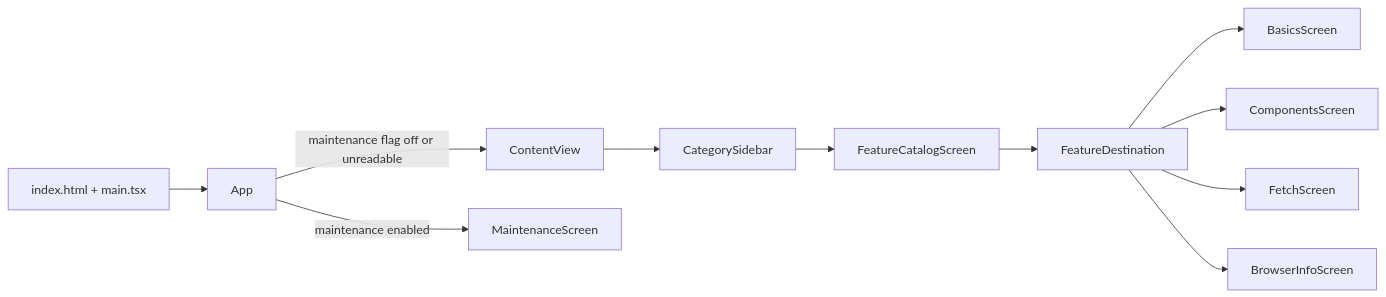
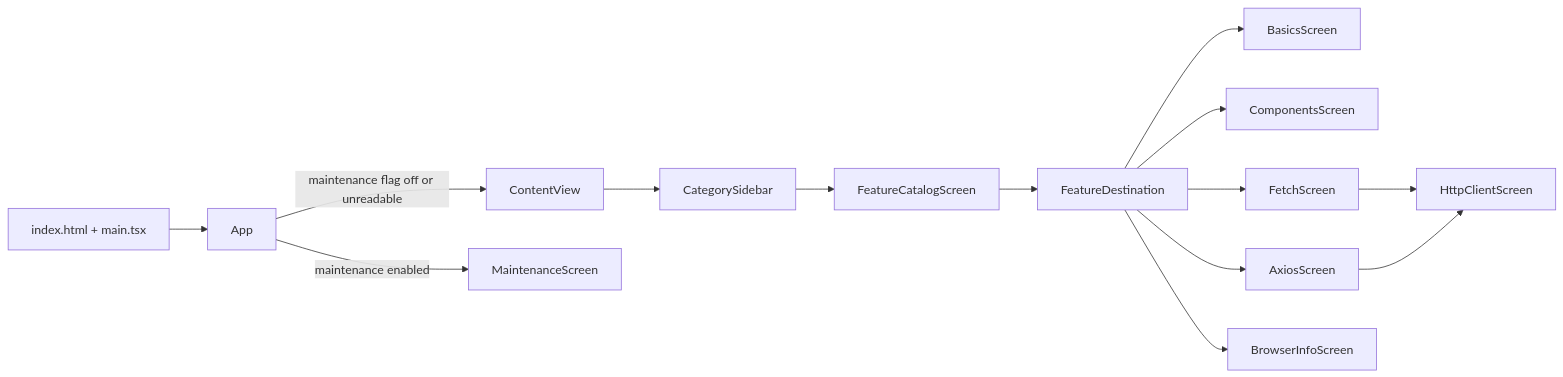
One commit to gjp-ai/gjp-lab-web-react changed the first of 2 diagrams in doc/architecture/application.md. Above: the diagram before and after it, drawn with Mermaid. The commit also changed other lines of this file and 39 other files, not shown here.

First line of the commit message:
Implement the axios topic on a shared HTTP client layout

````diff
--- a/doc/architecture/application.md
+++ b/doc/architecture/application.md
@@ -11,13 +11,16 @@
 ```mermaid
 flowchart LR
     Load[index.html + main.tsx] --> App
     App -->|maintenance flag off or unreadable| Content[ContentView]
     App -->|maintenance enabled| Maintenance[MaintenanceScreen]
     Content --> Sidebar[CategorySidebar]
     Sidebar --> Catalog[FeatureCatalogScreen]
     Catalog --> Destination[FeatureDestination]
     Destination --> Basics[BasicsScreen]
     Destination --> Components[ComponentsScreen]
     Destination --> Fetch[FetchScreen]
+    Destination --> Axios[AxiosScreen]
+    Fetch --> Shared[HttpClientScreen]
+    Axios --> Shared
     Destination --> Browser[BrowserInfoScreen]
 ```
````
